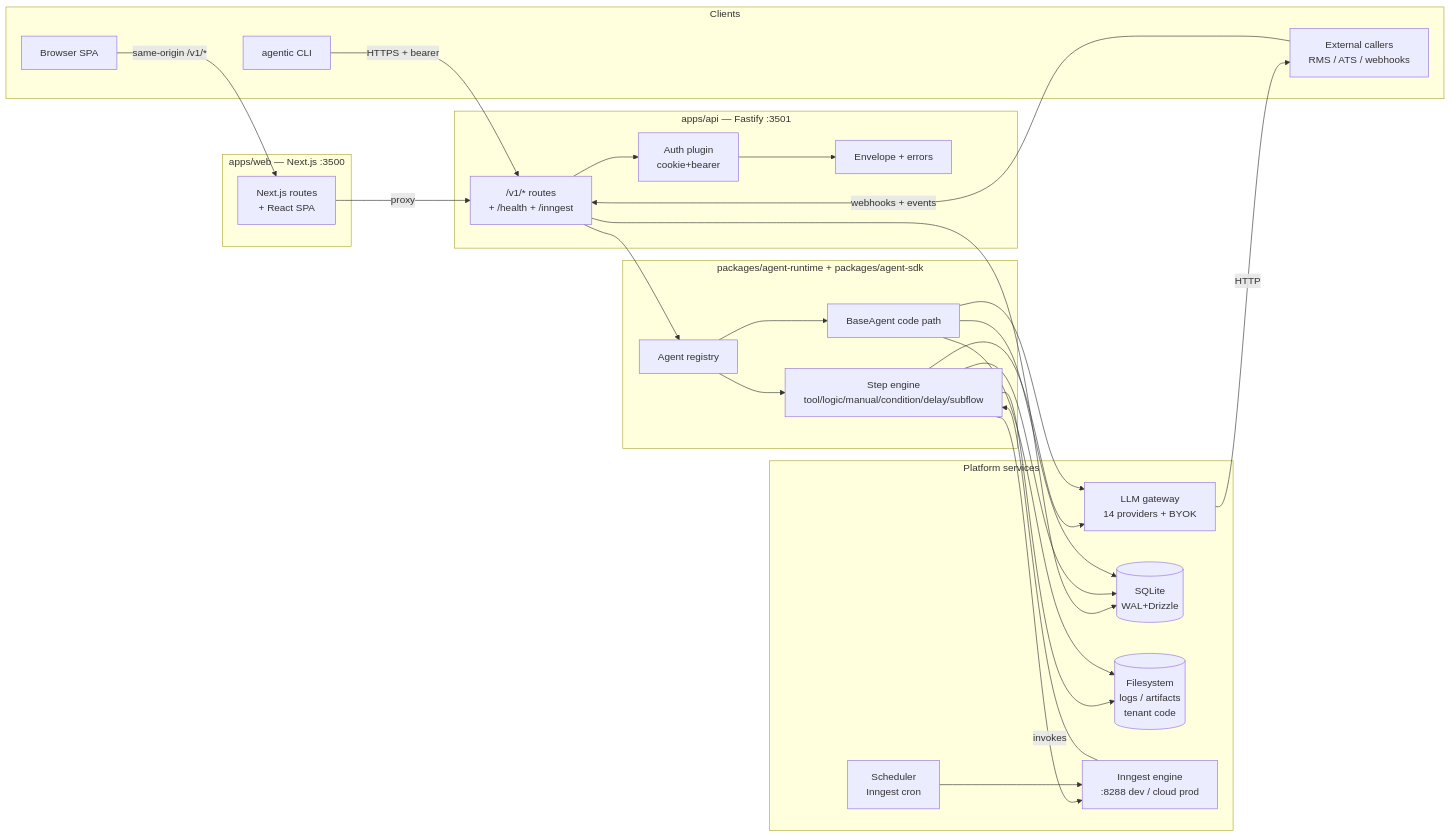
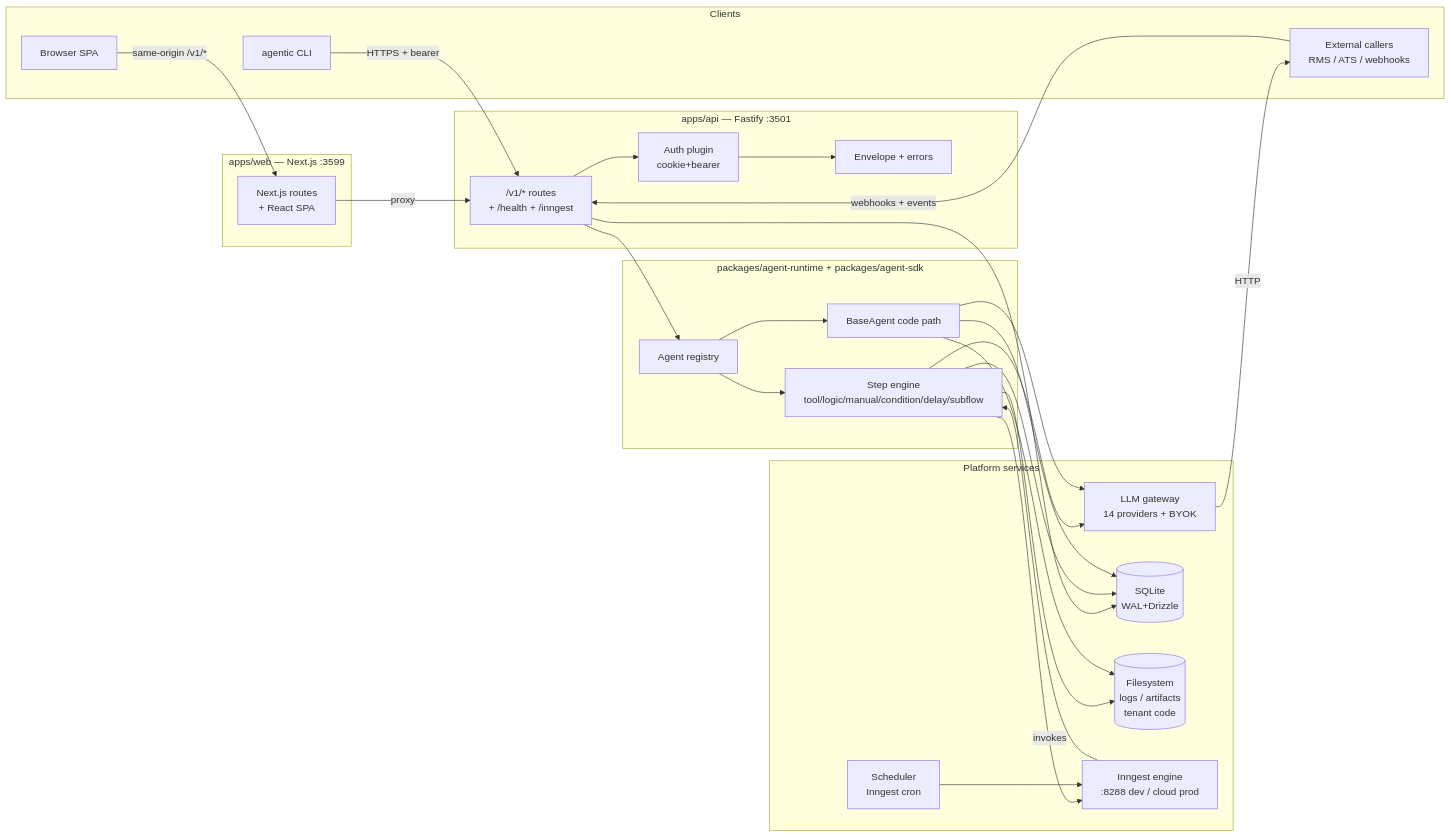
The diagram in docs/DESIGN.md (kenny9911/agentic-operator), drawn with Mermaid before and after one commit. The commit also changed other lines of this file and 239 other files, not shown here.

````diff
--- a/docs/DESIGN.md
+++ b/docs/DESIGN.md
@@ -49,53 +49,53 @@
 ```mermaid
 flowchart LR
     subgraph Clients
         BR[Browser SPA]
         CLI[agentic CLI]
         EXT[External callers<br/>RMS / ATS / webhooks]
     end
 
-    subgraph Web["apps/web — Next.js :3500"]
+    subgraph Web["apps/web — Next.js :3599"]
         NEXT[Next.js routes<br/>+ React SPA]
     end
 
     subgraph API["apps/api — Fastify :3501"]
         ROUTES["/v1/* routes<br/>+ /health + /inngest"]
         AUTH[Auth plugin<br/>cookie+bearer]
         ERR[Envelope + errors]
     end
 
     subgraph Runtime["packages/agent-runtime + packages/agent-sdk"]
         REGISTRY[Agent registry]
         STEP[Step engine<br/>tool/logic/manual/condition/delay/subflow]
         BASE[BaseAgent code path]
     end
 
     subgraph Platform["Platform services"]
         LLM[LLM gateway<br/>14 providers + BYOK]
         DB[(SQLite<br/>WAL+Drizzle)]
         FILES[(Filesystem<br/>logs / artifacts<br/>tenant code)]
         ING[Inngest engine<br/>:8288 dev / cloud prod]
         SCH[Scheduler<br/>Inngest cron]
     end
 
     BR -->|same-origin /v1/*| NEXT
     NEXT -->|proxy| ROUTES
     CLI -->|HTTPS + bearer| ROUTES
     EXT -->|webhooks + events| ROUTES
 
     ROUTES --> AUTH --> ERR
     ROUTES --> REGISTRY
     REGISTRY --> STEP
     REGISTRY --> BASE
     STEP --> LLM
     BASE --> LLM
     STEP --> ING
     ING -->|invokes| STEP
     ROUTES --> DB
     STEP --> DB
     BASE --> DB
     STEP --> FILES
     BASE --> FILES
     SCH --> ING
     LLM -->|HTTP| EXT
 ```
````
